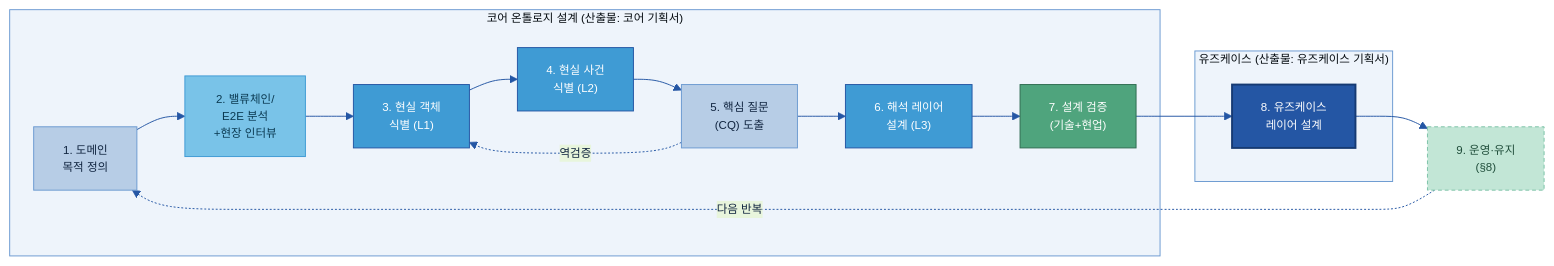
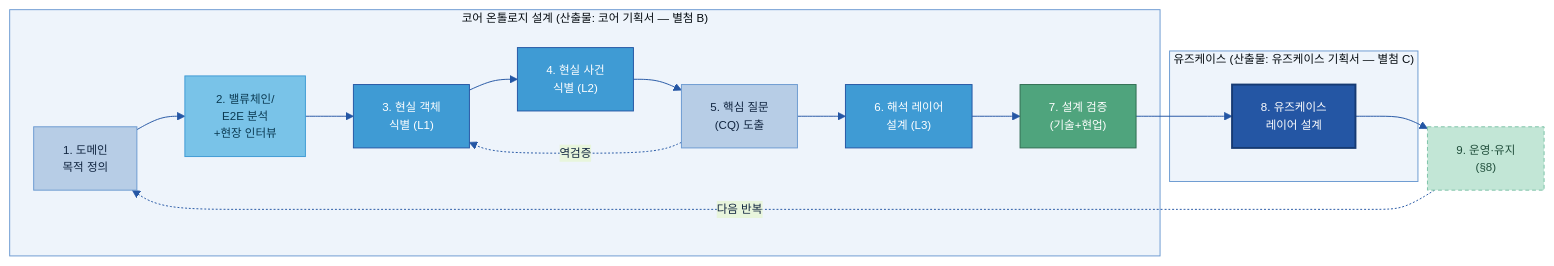
Before and after one commit to jin-kearney/ai-ready-data-manual: the ninth of 14 diagrams in 가이드 작성/B-3 온톨로지/B-3 온톨로지.md, drawn with Mermaid. The commit also changed other lines of this file, not shown here.

````diff
--- a/가이드 작성/B-3 온톨로지/B-3 온톨로지.md
+++ b/가이드 작성/B-3 온톨로지/B-3 온톨로지.md
@@ -727,26 +757,26 @@
 ```mermaid
 %%{init: {'theme':'base','themeVariables':{'primaryColor':'#DCE8F5','primaryBorderColor':'#2456A4','primaryTextColor':'#10243f','lineColor':'#2456A4','clusterBkg':'#EEF4FB','clusterBorder':'#6B9AD1','fontSize':'12px'}}}%%
 flowchart LR
-    subgraph CORE["코어 온톨로지 설계 (산출물: 코어 기획서)"]
+    subgraph CORE["코어 온톨로지 설계 (산출물: 코어 기획서 — 별첨 B)"]
         S1["1. 도메인\n목적 정의"]:::n
         S2["2. 밸류체인/\nE2E 분석\n+현장 인터뷰"]:::src
         S3["3. 현실 객체\n식별 (L1)"]:::gate
         S4["4. 현실 사건\n식별 (L2)"]:::gate
         S5["5. 핵심 질문\n(CQ) 도출"]:::n
         S6["6. 해석 레이어\n설계 (L3)"]:::gate
         S7["7. 설계 검증\n(기술+현업)"]:::loop
     end
-    subgraph UC["유즈케이스 (산출물: 유즈케이스 기획서)"]
+    subgraph UC["유즈케이스 (산출물: 유즈케이스 기획서 — 별첨 C)"]
         S8["8. 유즈케이스\n레이어 설계"]:::cat
     end
     S9["9. 운영·유지\n(§8)"]:::cross
     S1 --> S2 --> S3 --> S4 --> S5 --> S6 --> S7 --> S8 --> S9
     S5 -.->|"역검증"| S3
     S9 -.->|"다음 반복"| S1
     classDef n fill:#B7CDE6,stroke:#6B9AD1,color:#10243f;
     classDef src fill:#79C3E8,stroke:#3F9BD4,color:#0b3a52;
     classDef gate fill:#3F9BD4,stroke:#2456A4,color:#fff;
     classDef cat fill:#2456A4,color:#fff,stroke:#163a73,stroke-width:2px;
     classDef loop fill:#4FA47D,stroke:#2f6b50,color:#fff;
     classDef cross fill:#C2E6D6,stroke:#7CC2A7,color:#1f4d3a,stroke-dasharray:4 3;
 ```
````
